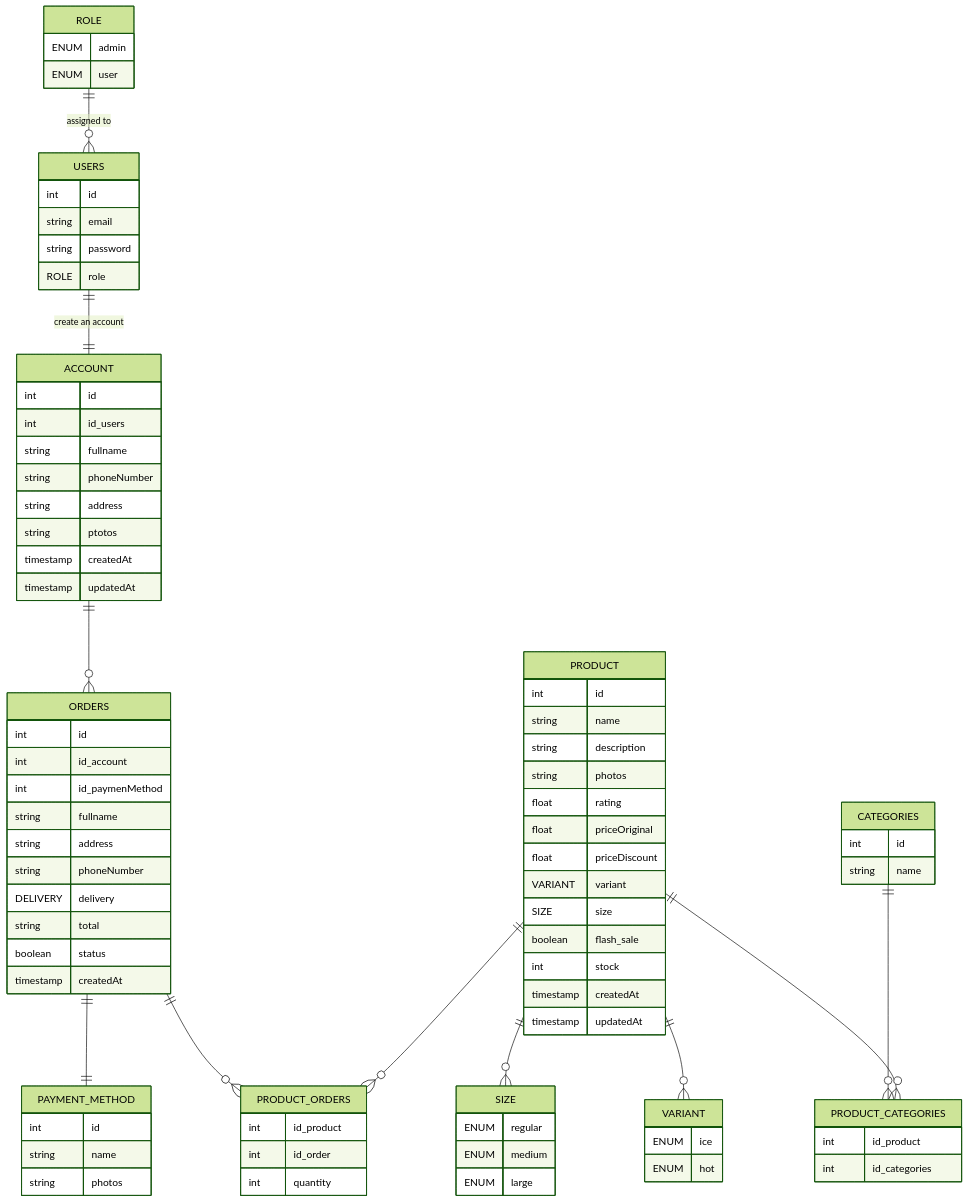
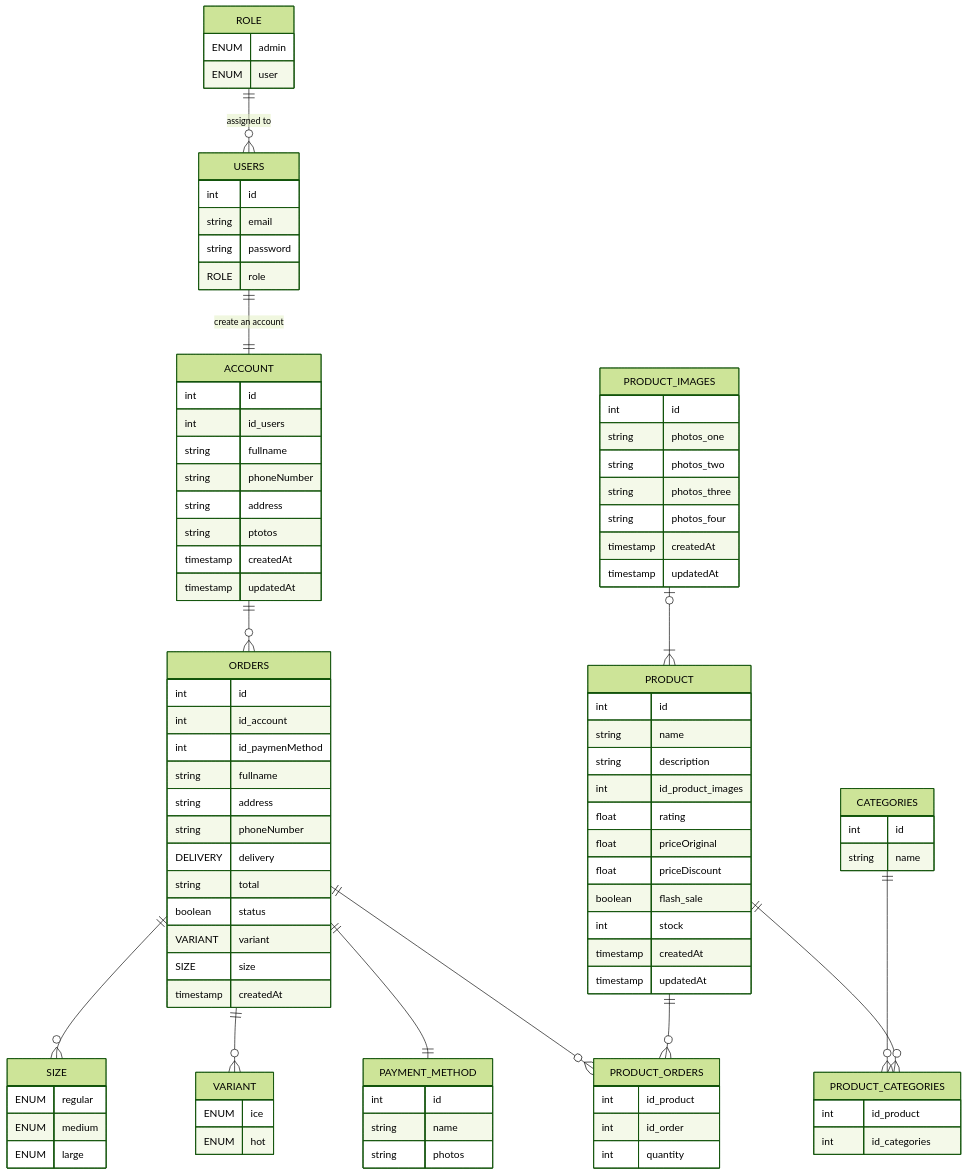
The diagram in README.md (federus1105/koda-b4-db-weekly), drawn with Mermaid (forest theme) before and after one commit.

Commit message:
fix ( erd ) : fix entities, columns and relationships between entities

````diff
--- a/README.md
+++ b/README.md
@@ -44,6 +44,8 @@
     DELIVERY delivery
     string total
     boolean status 
+    VARIANT variant
+    SIZE size
     timestamp createdAt
 }
 
@@ -53,17 +55,24 @@
     string photos
 }
 
+PRODUCT_IMAGES {
+    int id
+    string photos_one
+    string photos_two
+    string photos_three
+    string photos_four
+    timestamp createdAt
+    timestamp updatedAt
+}
 
 PRODUCT {
     int id
     string name
     string description
-    string photos
+    int id_product_images
     float rating
     float priceOriginal
     float priceDiscount
-    VARIANT variant
-    SIZE size
     boolean flash_sale
     int stock
     timestamp createdAt
@@ -91,8 +100,8 @@
     USERS ||--|| ACCOUNT : "create an account"
     CATEGORIES||--o{ PRODUCT_CATEGORIES : ""
 
-    PRODUCT ||--o{SIZE: ""
-    PRODUCT ||--o{VARIANT : ""
+    ORDERS ||--o{SIZE: ""
+    ORDERS ||--o{VARIANT : ""
     PRODUCT ||--o{PRODUCT_CATEGORIES :""
     
     ORDERS ||--||PAYMENT_METHOD:""
@@ -101,6 +110,8 @@
     ORDERS ||--o{PRODUCT_ORDERS: ""
     PRODUCT ||--o{PRODUCT_ORDERS :""
 
+    PRODUCT_IMAGES |o--|{PRODUCT: ""
+
 
 
 ```
````
